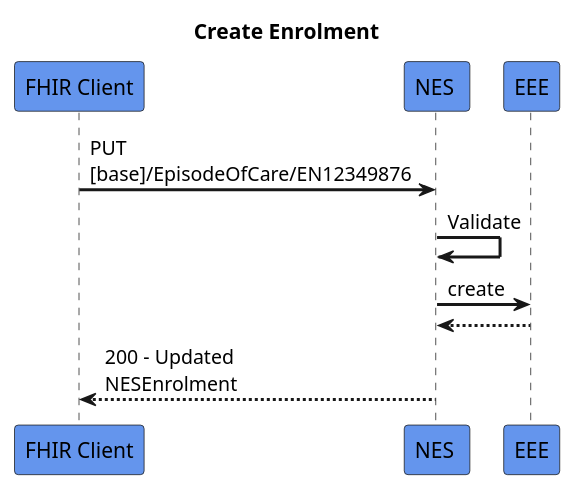
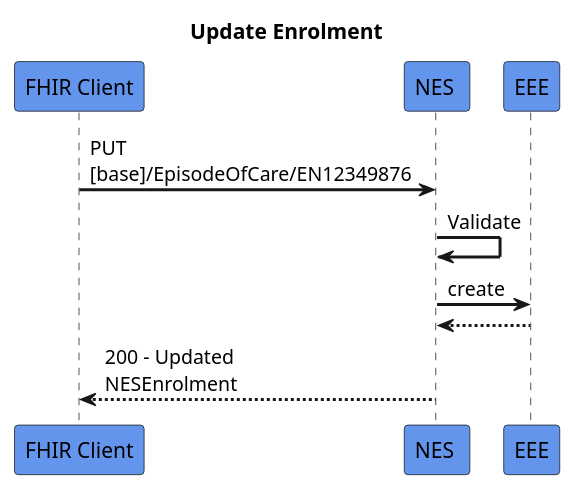
The diagram in input/images-source/update-enrolment.plantuml (HL7NZ/nes-ig), drawn with PlantUML before and after one commit.

Commit message:
fixed title

```diff
--- a/input/images-source/update-enrolment.plantuml
+++ b/input/images-source/update-enrolment.plantuml
@@ -1,17 +1,17 @@
 @startuml
 skinparam sequenceArrowThickness 2
 skinparam roundcorner 5
 skinparam maxmessagesize 180
 skinparam sequenceParticipant bold
-title  Create Enrolment
+title  Update Enrolment
 participant "FHIR Client" as A #CornflowerBlue
 participant "NES " as B #CornflowerBlue
 participant "EEE" as C #CornflowerBlue
 
 A -> B: PUT [base]/EpisodeOfCare/EN12349876
 B -> B: Validate
 B -> C: create
 C -[dashed]-> B:
 
 B -[dashed]-> A:200 - Updated  NESEnrolment
 @enduml
```
